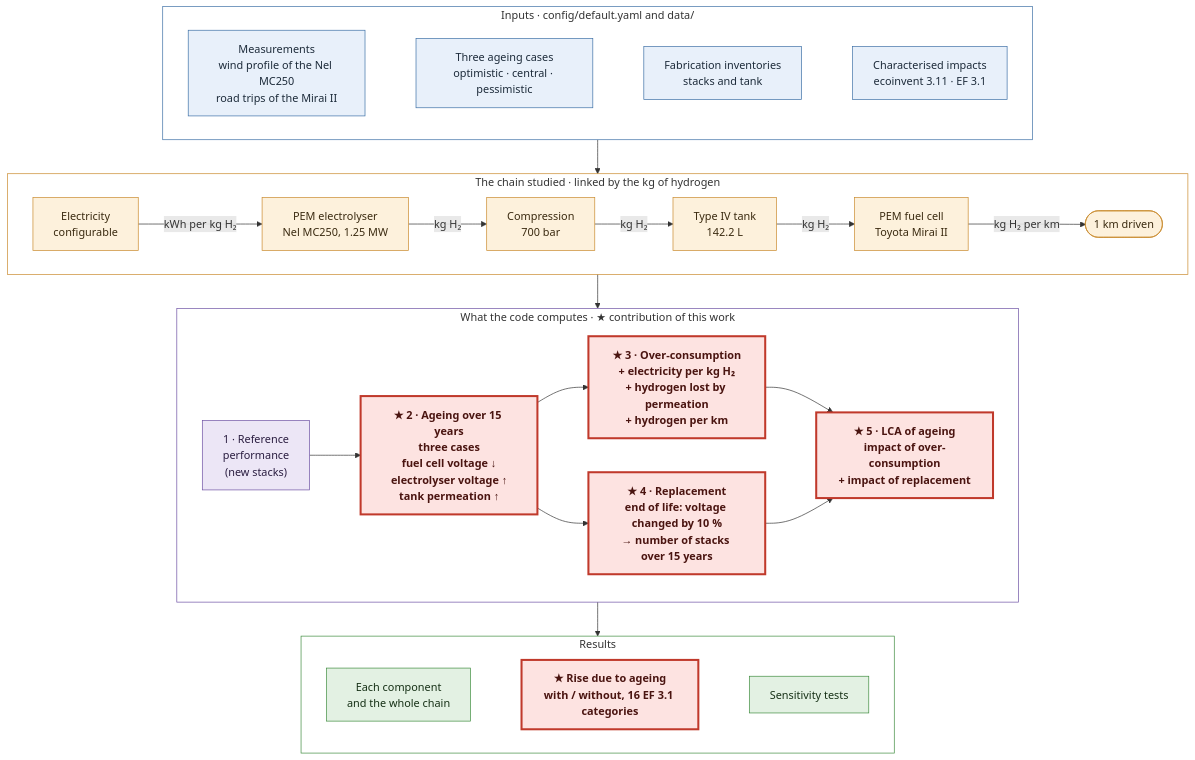
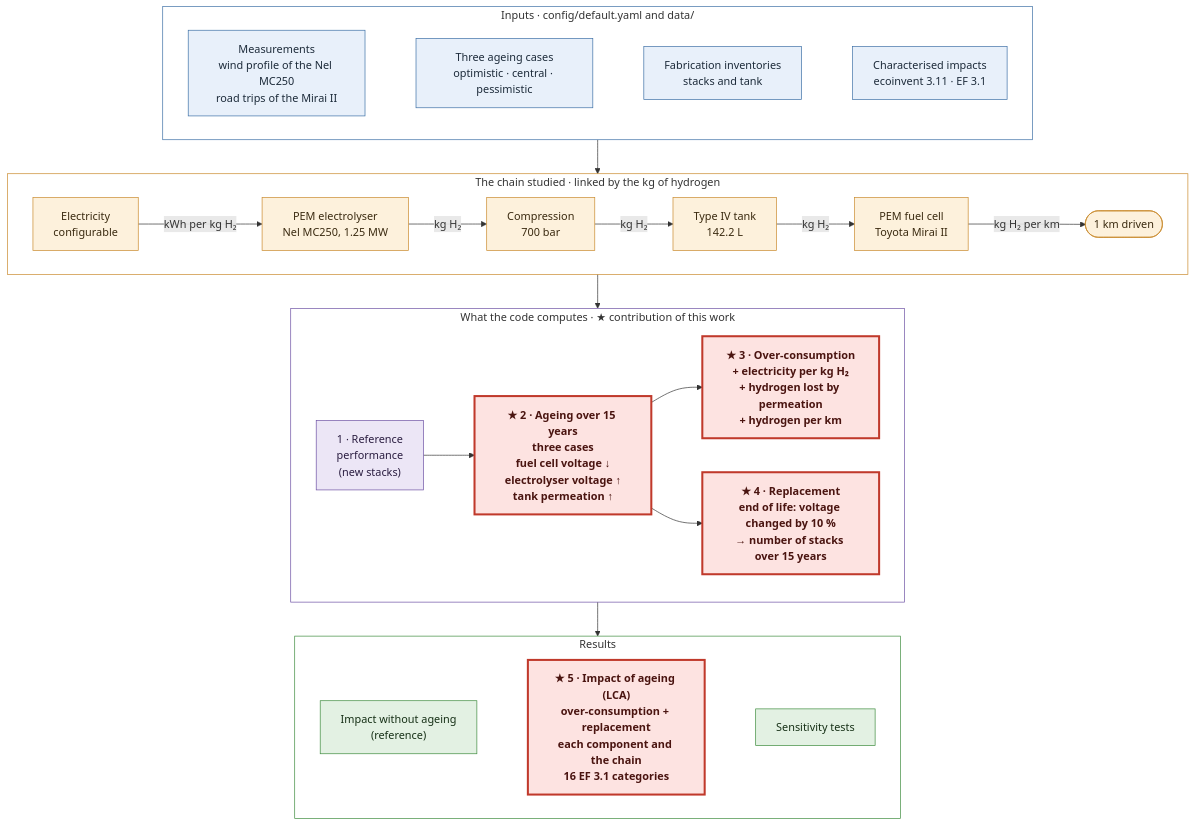
The diagram in README.md (Ayabh12/h2-ageing-lca), drawn with Mermaid before and after one commit. The commit also changed other lines of this file and 1 other file, not shown here.

Commit message:
README: diagram step 5 is the results (LCA)

````diff
--- a/README.md
+++ b/README.md
@@ -59,50 +59,48 @@
 ```mermaid
 flowchart TB
     subgraph E["Inputs · config/default.yaml and data/"]
         direction LR
         e1["Measurements<br/>wind profile of the Nel MC250<br/>road trips of the Mirai II"]
         e2["Three ageing cases<br/>optimistic · central · pessimistic"]
         e3["Fabrication inventories<br/>stacks and tank"]
         e4["Characterised impacts<br/>ecoinvent 3.11 · EF 3.1"]
         e1 ~~~ e2 ~~~ e3 ~~~ e4
     end
 
     subgraph C["The chain studied · linked by the kg of hydrogen"]
         direction LR
         c1["Electricity<br/>configurable"] -->|"kWh per kg H₂"| c2["PEM electrolyser<br/>Nel MC250, 1.25 MW"] -->|"kg H₂"| c3["Compression<br/>700 bar"] -->|"kg H₂"| c4["Type IV tank<br/>142.2 L"] -->|"kg H₂"| c5["PEM fuel cell<br/>Toyota Mirai II"] -->|"kg H₂ per km"| c6(["1 km driven"])
     end
 
     subgraph M["What the code computes · ★ contribution of this work"]
         direction LR
         m1["1 · Reference<br/>performance<br/>(new stacks)"] --> m2["★ 2 · Ageing over 15 years<br/>three cases<br/>fuel cell voltage ↓<br/>electrolyser voltage ↑<br/>tank permeation ↑"]
         m2 --> m3["★ 3 · Over-consumption<br/>+ electricity per kg H₂<br/>+ hydrogen lost by permeation<br/>+ hydrogen per km"]
         m2 --> m4["★ 4 · Replacement<br/>end of life: voltage changed by 10 %<br/>→ number of stacks over 15 years"]
-        m3 --> m5["★ 5 · LCA of ageing<br/>impact of over-consumption<br/>+ impact of replacement"]
-        m4 --> m5
     end
 
     subgraph R["Results"]
         direction LR
-        r1["Each component<br/>and the whole chain"]
-        r2["★ Rise due to ageing<br/>with / without, 16 EF 3.1 categories"]
+        r1["Impact without ageing<br/>(reference)"]
+        r2["★ 5 · Impact of ageing (LCA)<br/>over-consumption + replacement<br/>each component and the chain<br/>16 EF 3.1 categories"]
         r3["Sensitivity tests"]
         r1 ~~~ r2 ~~~ r3
     end
 
     E --> C --> M --> R
 
     classDef inp fill:#e8f0fa,stroke:#3b6ea5,color:#1d2b3a
     classDef chain fill:#fdf1dc,stroke:#c9892b,color:#3a2a10
     classDef code fill:#ece6f6,stroke:#6c4fa3,color:#2a1d40
     classDef res fill:#e3f1e3,stroke:#3d8b3d,color:#163016
     class e1,e2,e3,e4 inp
     class c1,c2,c3,c4,c5,c6 chain
-    class m1,m2,m3,m4,m5 code
+    class m1,m2,m3,m4 code
     class r1,r2,r3 res
     style E fill:#ffffff,stroke:#3b6ea5
     style C fill:#ffffff,stroke:#c9892b
     style M fill:#ffffff,stroke:#6c4fa3
     style R fill:#ffffff,stroke:#3d8b3d
     classDef key fill:#fde3e1,stroke:#c0392b,stroke-width:3px,color:#4a1410,font-weight:bold
-    class m2,m3,m4,m5,r2 key
+    class m2,m3,m4,r2 key
 ```
````
